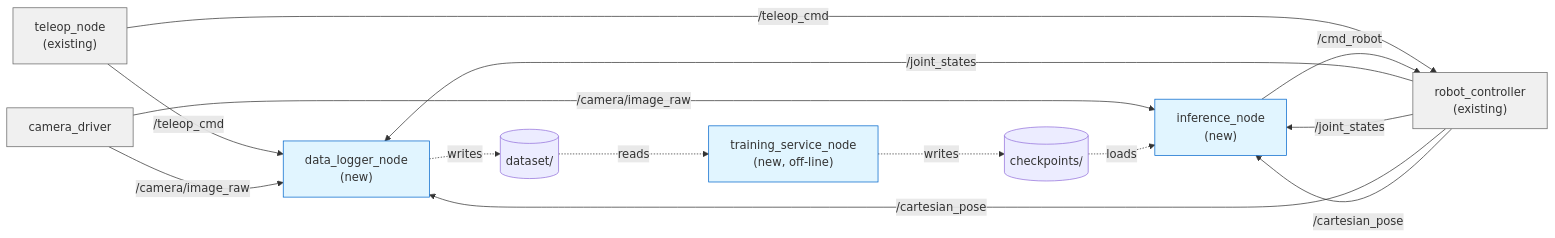
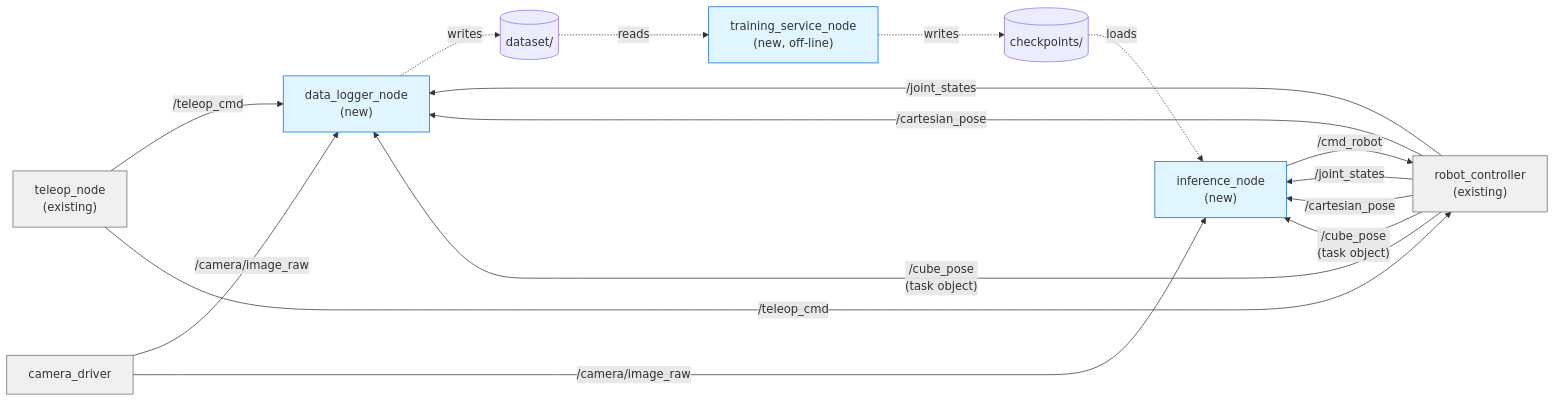
Before and after one commit to NZ5253/ros2-il-pipeline: the second of 6 diagrams in docs/02_architecture_diagrams.md, drawn with Mermaid. The commit also changed other lines of this file, not shown here.

Commit message:
Architecture diagrams: include /cube_pose task-object channel

````diff
--- a/docs/02_architecture_diagrams.md
+++ b/docs/02_architecture_diagrams.md
@@ -58,30 +58,32 @@
 ```mermaid
 flowchart LR
     teleop["teleop_node<br/>(existing)"]
     robot["robot_controller<br/>(existing)"]
     logger["data_logger_node<br/>(new)"]
     inferer["inference_node<br/>(new)"]
     trainer["training_service_node<br/>(new, off-line)"]
 
     teleop -->|"/teleop_cmd"| logger
     teleop -->|"/teleop_cmd"| robot
     robot -->|"/joint_states"| logger
     robot -->|"/joint_states"| inferer
     robot -->|"/cartesian_pose"| logger
     robot -->|"/cartesian_pose"| inferer
+    robot -->|"/cube_pose<br/>(task object)"| logger
+    robot -->|"/cube_pose<br/>(task object)"| inferer
 
     cam["camera_driver"] -->|"/camera/image_raw"| logger
     cam -->|"/camera/image_raw"| inferer
 
     inferer -->|"/cmd_robot"| robot
 
     logger -.->|writes| ds[("dataset/")]
     ds -.->|reads| trainer
     trainer -.->|writes| ck[("checkpoints/")]
     ck -.->|loads| inferer
 
     classDef new fill:#e1f5ff,stroke:#0066cc
     classDef existing fill:#f0f0f0,stroke:#666
     class logger,inferer,trainer new
     class teleop,robot,cam existing
 ```
````
